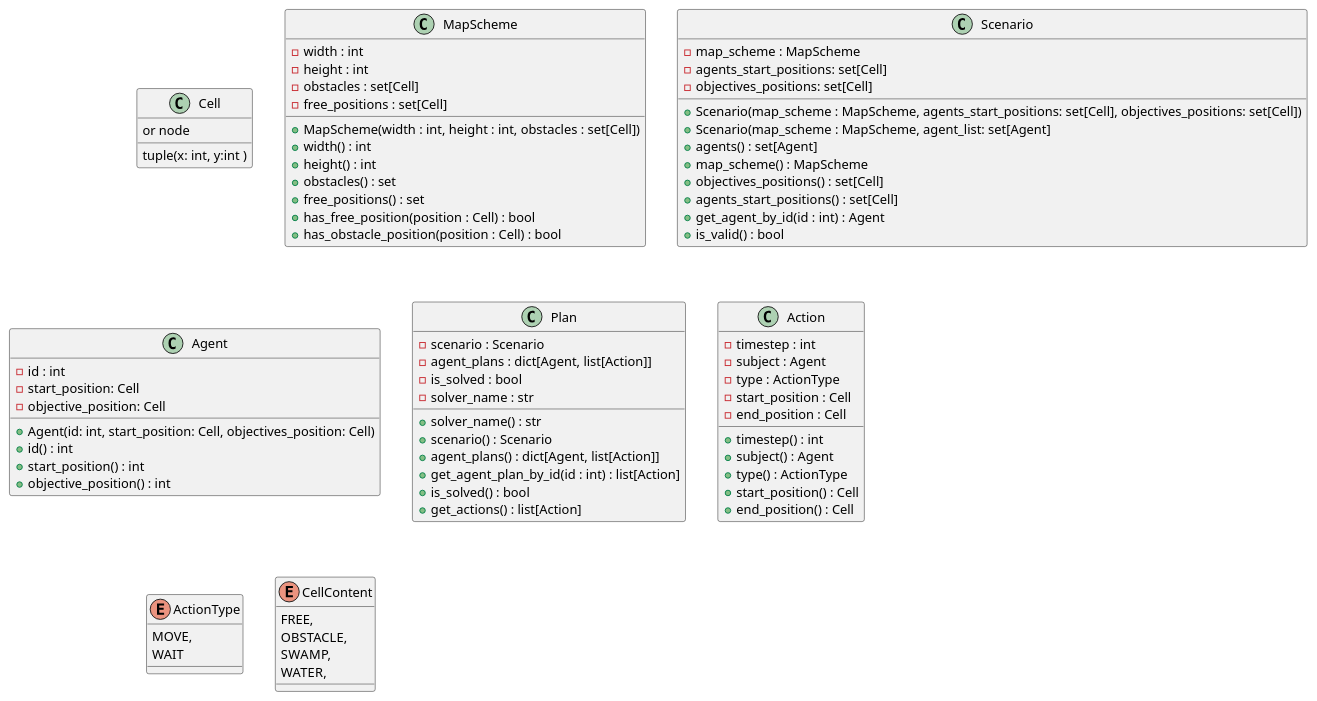
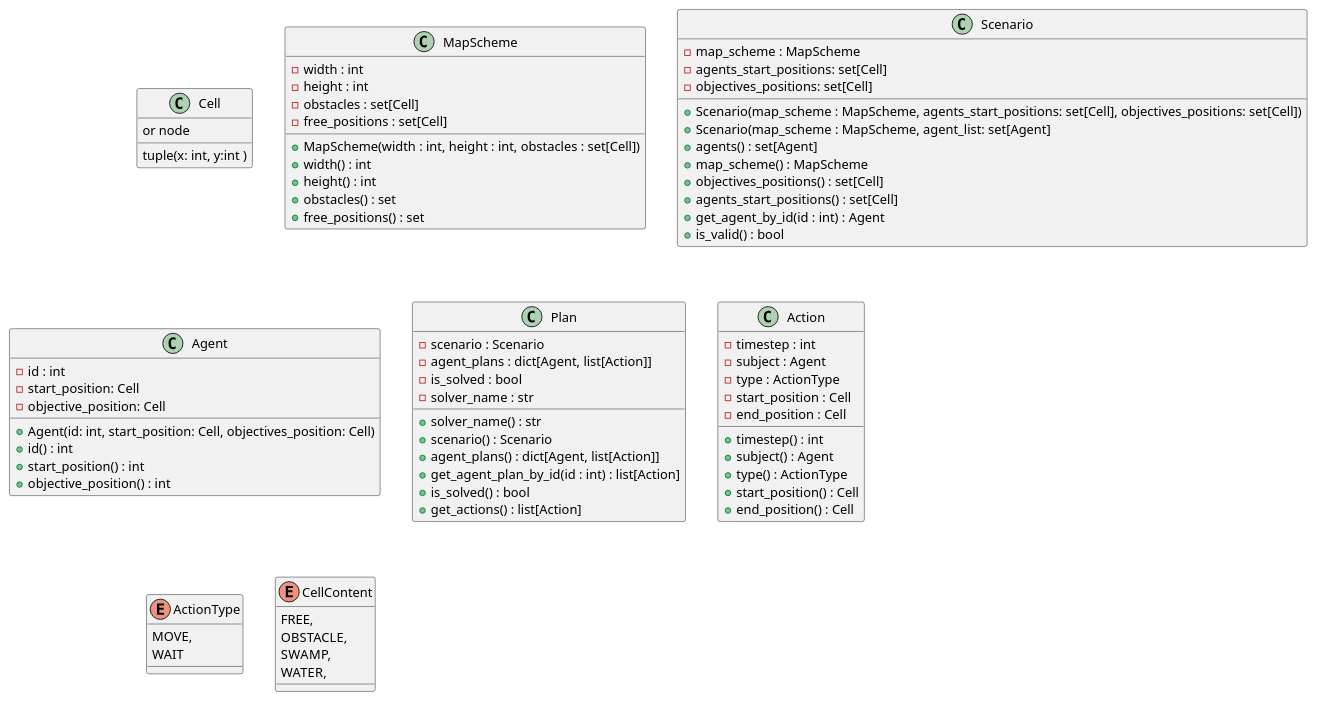
One commit to LucaLeonx/MAPF_pii_Project changed the diagram in docs/architecture/test_instance.puml. Above: the diagram before and after it, drawn with PlantUML. The commit also changed 9 other files, not shown here.

```diff
--- a/docs/architecture/test_instance.puml
+++ b/docs/architecture/test_instance.puml
@@ -1,90 +1,88 @@
 @startuml
 
 class Cell {
     tuple(x: int, y:int )
     or node
 }
 
 class MapScheme {
     - width : int
     - height : int
     - obstacles : set[Cell]
     - free_positions : set[Cell]
     'other sets for water, swamps and other types of content
 
     + MapScheme(width : int, height : int, obstacles : set[Cell])
     + width() : int
     + height() : int
     + obstacles() : set
     + free_positions() : set
-    + has_free_position(position : Cell) : bool
-    + has_obstacle_position(position : Cell) : bool
 }
 
 class Scenario {
     - map_scheme : MapScheme
     - agents_start_positions: set[Cell]
     - objectives_positions: set[Cell]
 
     + Scenario(map_scheme : MapScheme, agents_start_positions: set[Cell], objectives_positions: set[Cell])
     + Scenario(map_scheme : MapScheme, agent_list: set[Agent]
     + agents() : set[Agent]
     + map_scheme() : MapScheme
     + objectives_positions() : set[Cell]
     + agents_start_positions() : set[Cell]
     + get_agent_by_id(id : int) : Agent
     + is_valid() : bool
 }
 
 class Agent {
     - id : int
     - start_position: Cell
     - objective_position: Cell
 
     + Agent(id: int, start_position: Cell, objectives_position: Cell)
     + id() : int
     + start_position() : int
     + objective_position() : int
 }
 
 class Plan {
     - scenario : Scenario
     - agent_plans : dict[Agent, list[Action]]
     - is_solved : bool
     - solver_name : str
     + solver_name() : str
     + scenario() : Scenario
     + agent_plans() : dict[Agent, list[Action]]
     + get_agent_plan_by_id(id : int) : list[Action]
     + is_solved() : bool
     + get_actions() : list[Action]
 }
 
 class Action {
     - timestep : int
     - subject : Agent
     - type : ActionType
     - start_position : Cell
     - end_position : Cell
 
     + timestep() : int
     + subject() : Agent
     + type() : ActionType
     + start_position() : Cell
     + end_position() : Cell
 }
 
 enum ActionType {
     MOVE,
     WAIT
 }
 
 ' For the future
 enum CellContent {
     FREE,
     OBSTACLE,
     SWAMP,
     WATER,
 }
 
 @enduml
```
